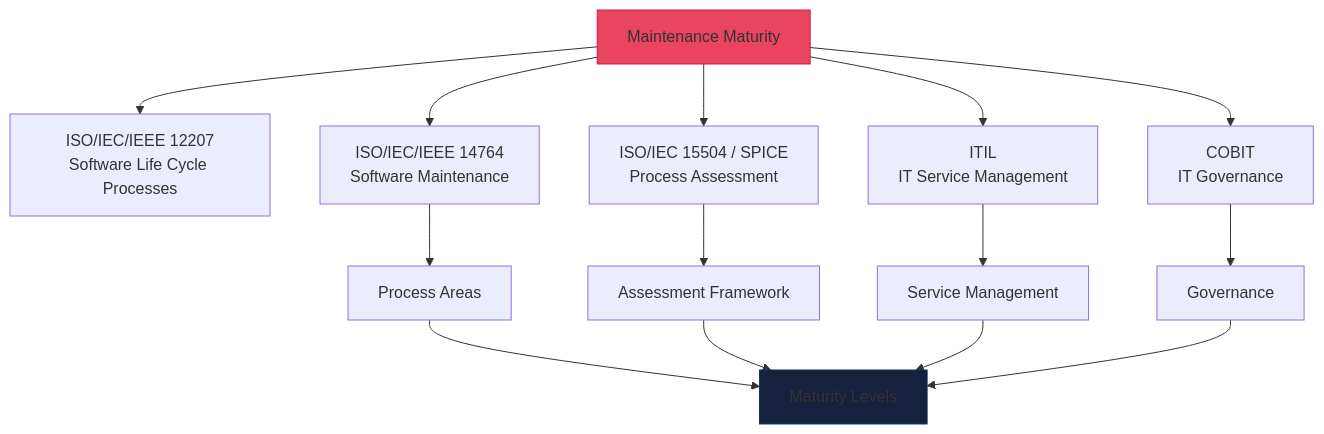
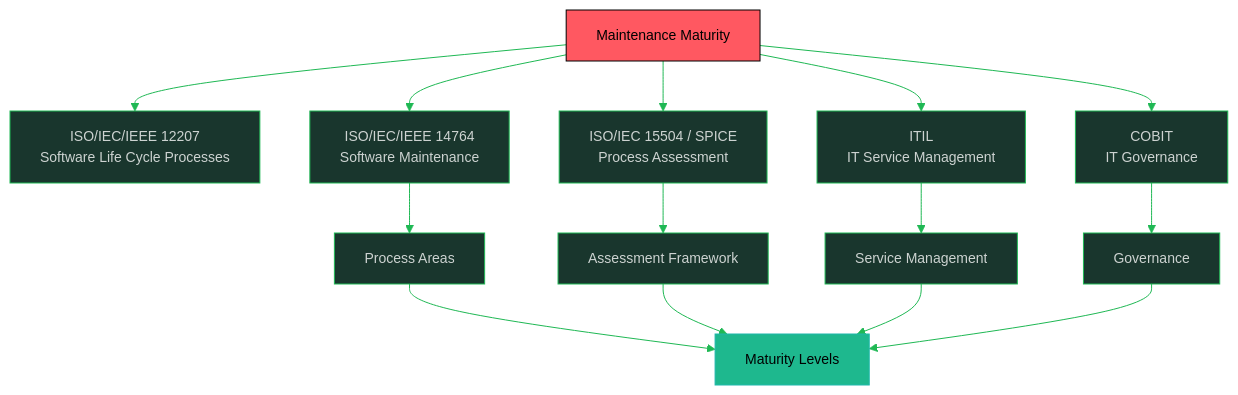
Before and after one commit to oat431/swe-knowledge: the seventh of 8 diagrams in software-engineering-note/07_Software_Maintenance/09_Maintenance_Tools_and_Techniques.md, drawn with Mermaid. The commit also changed other lines of this file and 10 other files, not shown here.

````diff
--- a/software-engineering-note/07_Software_Maintenance/09_Maintenance_Tools_and_Techniques.md
+++ b/software-engineering-note/07_Software_Maintenance/09_Maintenance_Tools_and_Techniques.md
@@ -455,21 +461,22 @@
 ```mermaid
+%%{init: {'theme':'base','themeVariables':{'primaryColor':'#19362D','primaryTextColor':'#CDD3D1','primaryBorderColor':'#1FB854','lineColor':'#1FB854','secondaryColor':'#161212','tertiaryColor':'#1B1717','background':'#1B1717','mainBkg':'#19362D','nodeBorder':'#1FB854','clusterBkg':'#161212','clusterBorder':'#19362D','titleColor':'#1FB854','edgeLabelBackground':'#161212','fontSize':'14px'}}}%%
 flowchart TD
     MM[Maintenance Maturity] --> ISO12207[ISO/IEC/IEEE 12207<br/>Software Life Cycle Processes]
     MM --> ISO14764[ISO/IEC/IEEE 14764<br/>Software Maintenance]
     MM --> ISO15504[ISO/IEC 15504 / SPICE<br/>Process Assessment]
     MM --> ITIL[ITIL<br/>IT Service Management]
     MM --> COBIT[COBIT<br/>IT Governance]
     
     ISO14764 --> PROC[Process Areas]
     ISO15504 --> ASSESS[Assessment Framework]
     ITIL --> SRVC[Service Management]
     COBIT --> GOV[Governance]
     
     PROC --> MATURITY[Maturity Levels]
     ASSESS --> MATURITY
     SRVC --> MATURITY
     GOV --> MATURITY
     
-    style MM fill:#e94560,stroke:#c81d4e
-    style MATURITY fill:#16213e,stroke:#0f3460
+    style MM fill:#FF5861,stroke:#000000,color:#000000
+    style MATURITY fill:#1EB88E,stroke:#1FB8AB,color:#000000
 ```
````
